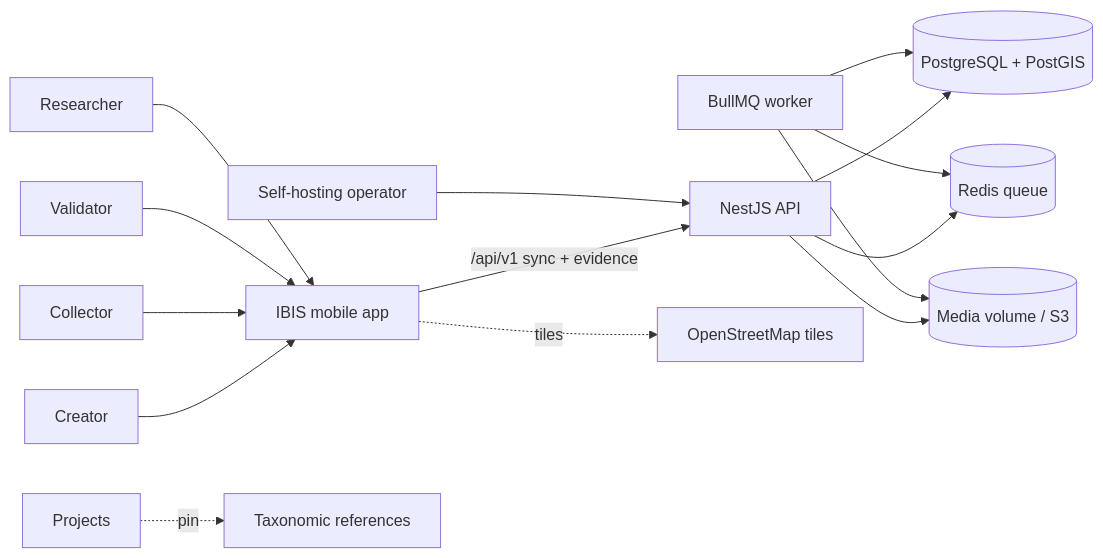
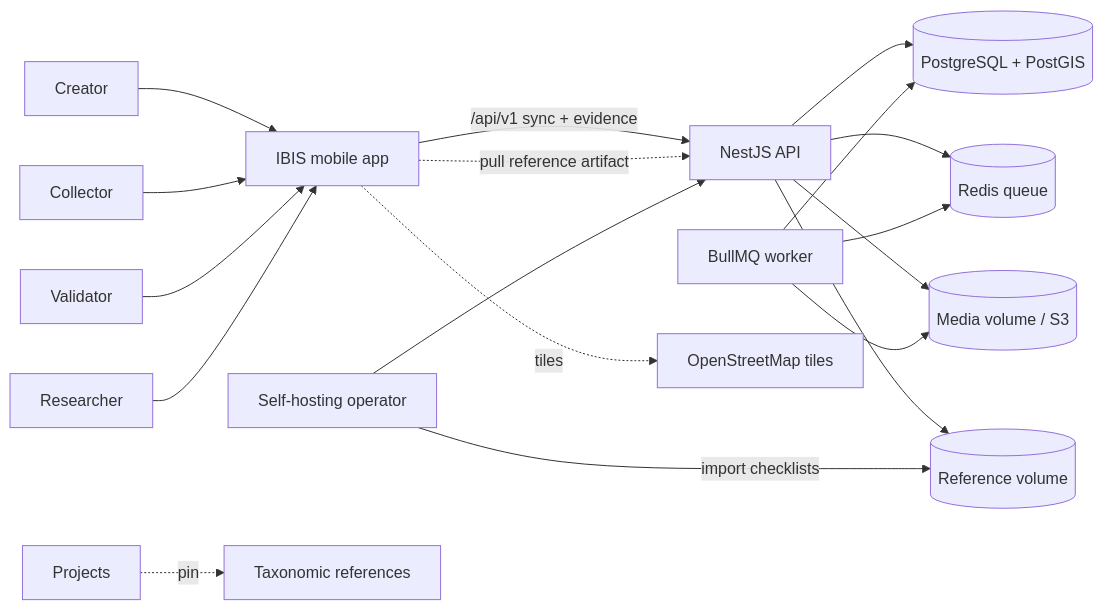
One commit to scerelli/fieldwright changed the first of 5 diagrams in docs/shipwright/ARCHITECTURE.md. Above: the diagram before and after it, drawn with Mermaid. The commit also changed other lines of this file, not shown here.

Commit message:
docs(architecture): decouple capture from resolution and add reference provisioning

````diff
--- a/docs/shipwright/ARCHITECTURE.md
+++ b/docs/shipwright/ARCHITECTURE.md
@@ -39,17 +44,20 @@
 ```mermaid
 flowchart LR
   Creator[Creator] --> App[IBIS mobile app]
   Collector[Collector] --> App
   Validator[Validator] --> App
   Researcher[Researcher] --> App
   App -->|/api/v1 sync + evidence| API[NestJS API]
+  App -. pull reference artifact .-> API
   API --> PG[(PostgreSQL + PostGIS)]
   API --> Redis[(Redis queue)]
   API --> Store[(Media volume / S3)]
+  API --> Refs[(Reference volume)]
   Worker[BullMQ worker] --> Redis
   Worker --> PG
   Worker --> Store
-  Operator[Self-hosting operator] --> API
+  Operator[Self-hosting operator] -->|import checklists| Refs
+  Operator --> API
   App -. tiles .-> OSM[OpenStreetMap tiles]
   Projects -. pin .-> Taxon[Taxonomic references]
 ```
````
